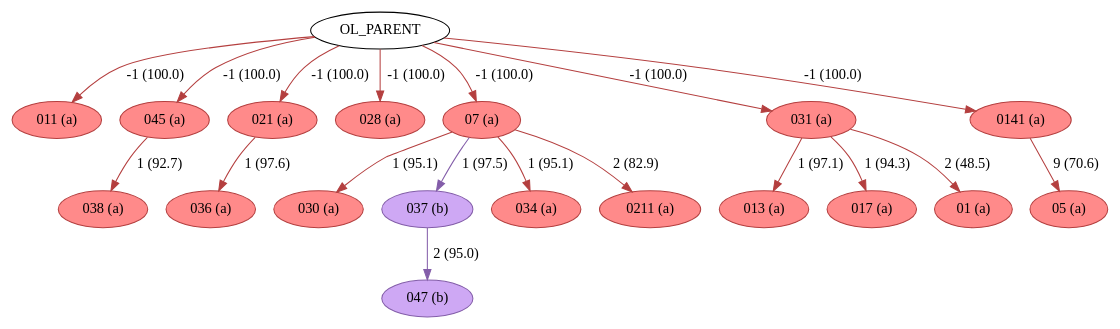
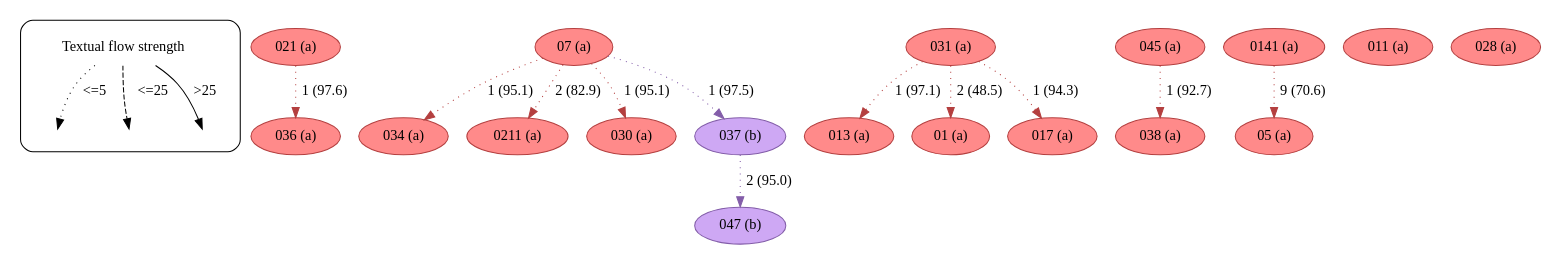
The diagram in example/c499/textual_flow_22_46_c499.dot (edmondac/CBGM), drawn with Graphviz before and after one commit. The commit also changed 167 other files, not shown here.

```diff
--- a/example/c499/textual_flow_22_46_c499.dot
+++ b/example/c499/textual_flow_22_46_c499.dot
@@ -1,39 +1,131 @@
-strict digraph G {
-"013 (a)" [fillcolor="#FF8A8A", color="#b43f3f", style=filled];
-"011 (a)" [fillcolor="#FF8A8A", color="#b43f3f", style=filled];
-"017 (a)" [fillcolor="#FF8A8A", color="#b43f3f", style=filled];
-"045 (a)" [fillcolor="#FF8A8A", color="#b43f3f", style=filled];
-"021 (a)" [fillcolor="#FF8A8A", color="#b43f3f", style=filled];
-"030 (a)" [fillcolor="#FF8A8A", color="#b43f3f", style=filled];
-"028 (a)" [fillcolor="#FF8A8A", color="#b43f3f", style=filled];
-"05 (a)" [fillcolor="#FF8A8A", color="#b43f3f", style=filled];
-"036 (a)" [fillcolor="#FF8A8A", color="#b43f3f", style=filled];
-"07 (a)" [fillcolor="#FF8A8A", color="#b43f3f", style=filled];
-"037 (b)" [fillcolor="#CEA8F4", color="#835da9", style=filled];
-"047 (b)" [fillcolor="#CEA8F4", color="#835da9", style=filled];
-"038 (a)" [fillcolor="#FF8A8A", color="#b43f3f", style=filled];
-OL_PARENT;
-"034 (a)" [fillcolor="#FF8A8A", color="#b43f3f", style=filled];
-"031 (a)" [fillcolor="#FF8A8A", color="#b43f3f", style=filled];
-"0141 (a)" [fillcolor="#FF8A8A", color="#b43f3f", style=filled];
-"01 (a)" [fillcolor="#FF8A8A", color="#b43f3f", style=filled];
-"0211 (a)" [fillcolor="#FF8A8A", color="#b43f3f", style=filled];
-"045 (a)" -> "038 (a)"  [color="#b43f3f", label="1 (92.7)"];
-"021 (a)" -> "036 (a)"  [color="#b43f3f", label="1 (97.6)"];
-"07 (a)" -> "037 (b)"  [color="#835da9", label="1 (97.5)"];
-"07 (a)" -> "0211 (a)"  [color="#b43f3f", label="2 (82.9)"];
-"07 (a)" -> "030 (a)"  [color="#b43f3f", label="1 (95.1)"];
-"07 (a)" -> "034 (a)"  [color="#b43f3f", label="1 (95.1)"];
-"037 (b)" -> "047 (b)"  [color="#835da9", label="2 (95.0)"];
-OL_PARENT -> "07 (a)"  [color="#b43f3f", label="-1 (100.0)"];
-OL_PARENT -> "028 (a)"  [color="#b43f3f", label="-1 (100.0)"];
-OL_PARENT -> "011 (a)"  [color="#b43f3f", label="-1 (100.0)"];
-OL_PARENT -> "045 (a)"  [color="#b43f3f", label="-1 (100.0)"];
-OL_PARENT -> "021 (a)"  [color="#b43f3f", label="-1 (100.0)"];
-OL_PARENT -> "0141 (a)"  [color="#b43f3f", label="-1 (100.0)"];
-OL_PARENT -> "031 (a)"  [color="#b43f3f", label="-1 (100.0)"];
-"031 (a)" -> "01 (a)"  [color="#b43f3f", label="2 (48.5)"];
-"031 (a)" -> "017 (a)"  [color="#b43f3f", label="1 (94.3)"];
-"031 (a)" -> "013 (a)"  [color="#b43f3f", label="1 (97.1)"];
-"0141 (a)" -> "05 (a)"  [color="#b43f3f", label="9 (70.6)"];
+strict digraph  {
+	node [label="\N"];
+	subgraph cluster_legend {
+		graph [style=rounded];
+		leg_s		 [label="Textual flow strength",
+			shape=plaintext];
+		leg_e1		 [fixedsize=True,
+			height=0.2,
+			label="",
+			style=invis];
+		leg_s -> leg_e1		 [label="<=5  ",
+			style=dotted];
+		leg_e2		 [fixedsize=True,
+			height=0.2,
+			label="",
+			style=invis];
+		leg_s -> leg_e2		 [label="  <=25",
+			style=dashed];
+		leg_e3		 [fixedsize=True,
+			height=0.2,
+			label="",
+			style=invis];
+		leg_s -> leg_e3		 [label=">25",
+			style=solid];
+	}
+	021	 [color="#b43f3f",
+		fillcolor="#FF8A8A",
+		label="021 (a)",
+		style=filled];
+	036	 [color="#b43f3f",
+		fillcolor="#FF8A8A",
+		label="036 (a)",
+		style=filled];
+	021 -> 036	 [color="#b43f3f",
+		label="1 (97.6)",
+		style=dotted];
+	07	 [color="#b43f3f",
+		fillcolor="#FF8A8A",
+		label="07 (a)",
+		style=filled];
+	034	 [color="#b43f3f",
+		fillcolor="#FF8A8A",
+		label="034 (a)",
+		style=filled];
+	07 -> 034	 [color="#b43f3f",
+		label="1 (95.1)",
+		style=dotted];
+	0211	 [color="#b43f3f",
+		fillcolor="#FF8A8A",
+		label="0211 (a)",
+		style=filled];
+	07 -> 0211	 [color="#b43f3f",
+		label="2 (82.9)",
+		style=dotted];
+	030	 [color="#b43f3f",
+		fillcolor="#FF8A8A",
+		label="030 (a)",
+		style=filled];
+	07 -> 030	 [color="#b43f3f",
+		label="1 (95.1)",
+		style=dotted];
+	037	 [color="#835da9",
+		fillcolor="#CEA8F4",
+		label="037 (b)",
+		style=filled];
+	07 -> 037	 [color="#835da9",
+		label="1 (97.5)",
+		style=dotted];
+	031	 [color="#b43f3f",
+		fillcolor="#FF8A8A",
+		label="031 (a)",
+		style=filled];
+	013	 [color="#b43f3f",
+		fillcolor="#FF8A8A",
+		label="013 (a)",
+		style=filled];
+	031 -> 013	 [color="#b43f3f",
+		label="1 (97.1)",
+		style=dotted];
+	01	 [color="#b43f3f",
+		fillcolor="#FF8A8A",
+		label="01 (a)",
+		style=filled];
+	031 -> 01	 [color="#b43f3f",
+		label="2 (48.5)",
+		style=dotted];
+	017	 [color="#b43f3f",
+		fillcolor="#FF8A8A",
+		label="017 (a)",
+		style=filled];
+	031 -> 017	 [color="#b43f3f",
+		label="1 (94.3)",
+		style=dotted];
+	045	 [color="#b43f3f",
+		fillcolor="#FF8A8A",
+		label="045 (a)",
+		style=filled];
+	038	 [color="#b43f3f",
+		fillcolor="#FF8A8A",
+		label="038 (a)",
+		style=filled];
+	045 -> 038	 [color="#b43f3f",
+		label="1 (92.7)",
+		style=dotted];
+	0141	 [color="#b43f3f",
+		fillcolor="#FF8A8A",
+		label="0141 (a)",
+		style=filled];
+	05	 [color="#b43f3f",
+		fillcolor="#FF8A8A",
+		label="05 (a)",
+		style=filled];
+	0141 -> 05	 [color="#b43f3f",
+		label="9 (70.6)",
+		style=dotted];
+	047	 [color="#835da9",
+		fillcolor="#CEA8F4",
+		label="047 (b)",
+		style=filled];
+	037 -> 047	 [color="#835da9",
+		label="2 (95.0)",
+		style=dotted];
+	011	 [color="#b43f3f",
+		fillcolor="#FF8A8A",
+		label="011 (a)",
+		style=filled];
+	028	 [color="#b43f3f",
+		fillcolor="#FF8A8A",
+		label="028 (a)",
+		style=filled];
 }
```
